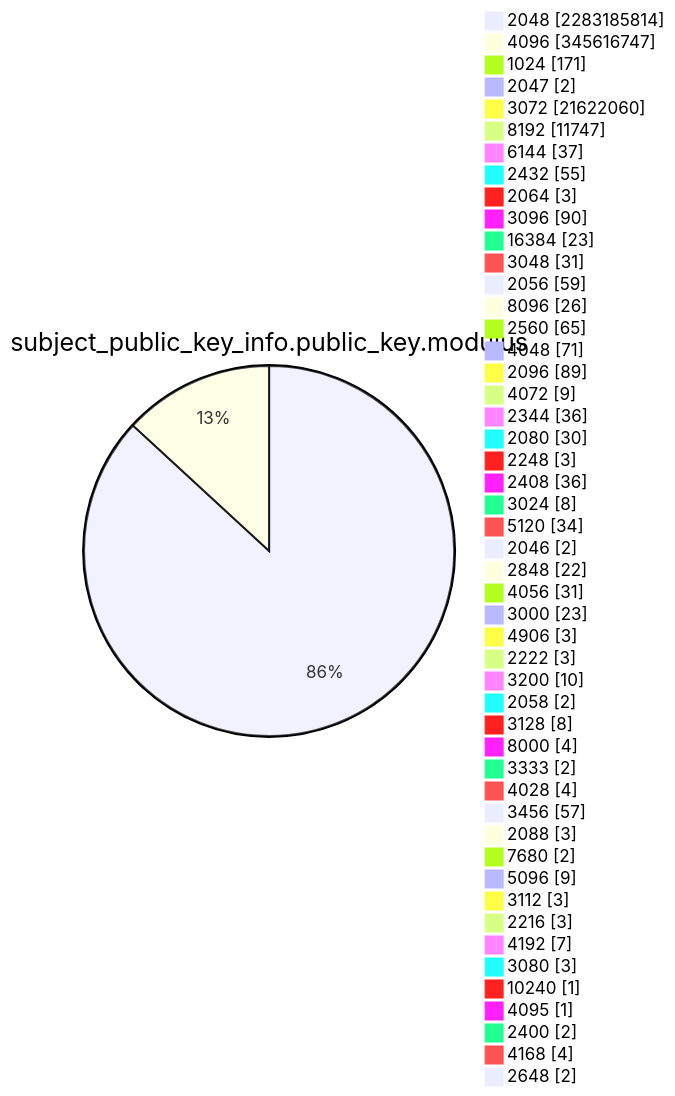
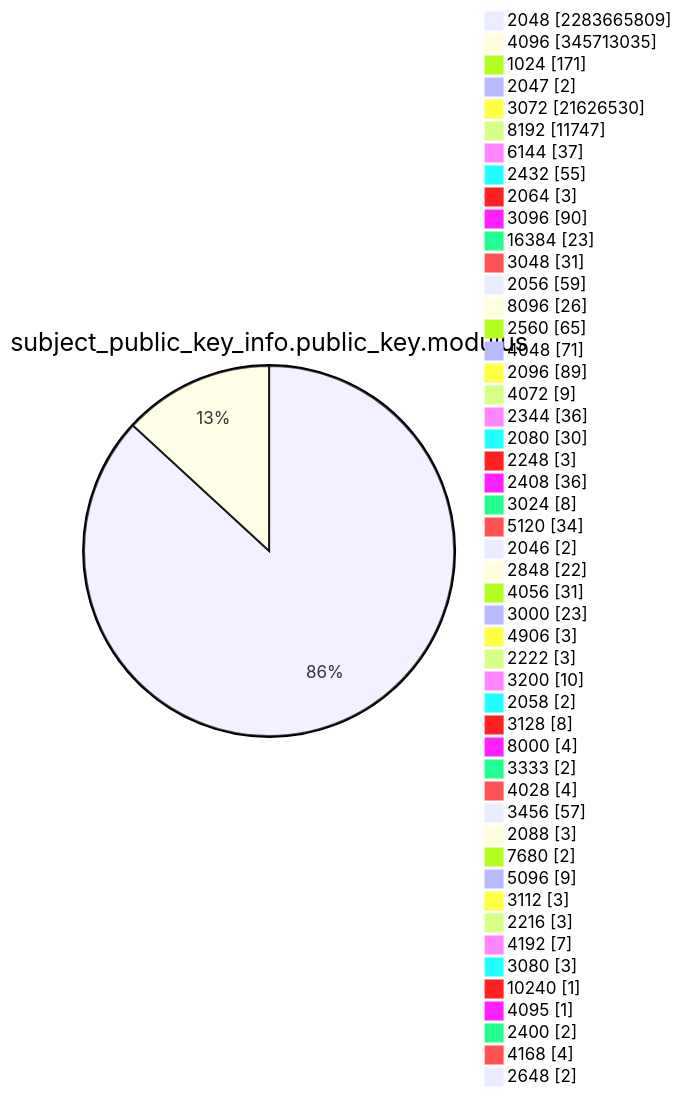
Diagram 13 of 15 in TOTAL/README.md (christiankrug/ctmonitor_visualization), drawn with Mermaid before and after one commit. The commit also changed other lines of this file, not shown here.

````diff
--- a/TOTAL/README.md
+++ b/TOTAL/README.md
@@ -4165,53 +4165,53 @@
 ```mermaid
 pie showData
 title subject_public_key_info.public_key.modulus
-"2048" :2283185814
-"4096" :345616747
+"2048" :2283665809
+"4096" :345713035
 "1024" :171
 "2047" :2
-"3072" :21622060
+"3072" :21626530
 "8192" :11747
 "6144" :37
 "2432" :55
 "2064" :3
 "3096" :90
 "16384" :23
 "3048" :31
 "2056" :59
 "8096" :26
 "2560" :65
 "4048" :71
 "2096" :89
 "4072" :9
 "2344" :36
 "2080" :30
 "2248" :3
 "2408" :36
 "3024" :8
 "5120" :34
 "2046" :2
 "2848" :22
 "4056" :31
 "3000" :23
 "4906" :3
 "2222" :3
 "3200" :10
 "2058" :2
 "3128" :8
 "8000" :4
 "3333" :2
 "4028" :4
 "3456" :57
 "2088" :3
 "7680" :2
 "5096" :9
 "3112" :3
 "2216" :3
 "4192" :7
 "3080" :3
 "10240" :1
 "4095" :1
 "2400" :2
 "4168" :4
 "2648" :2
 ```
````
